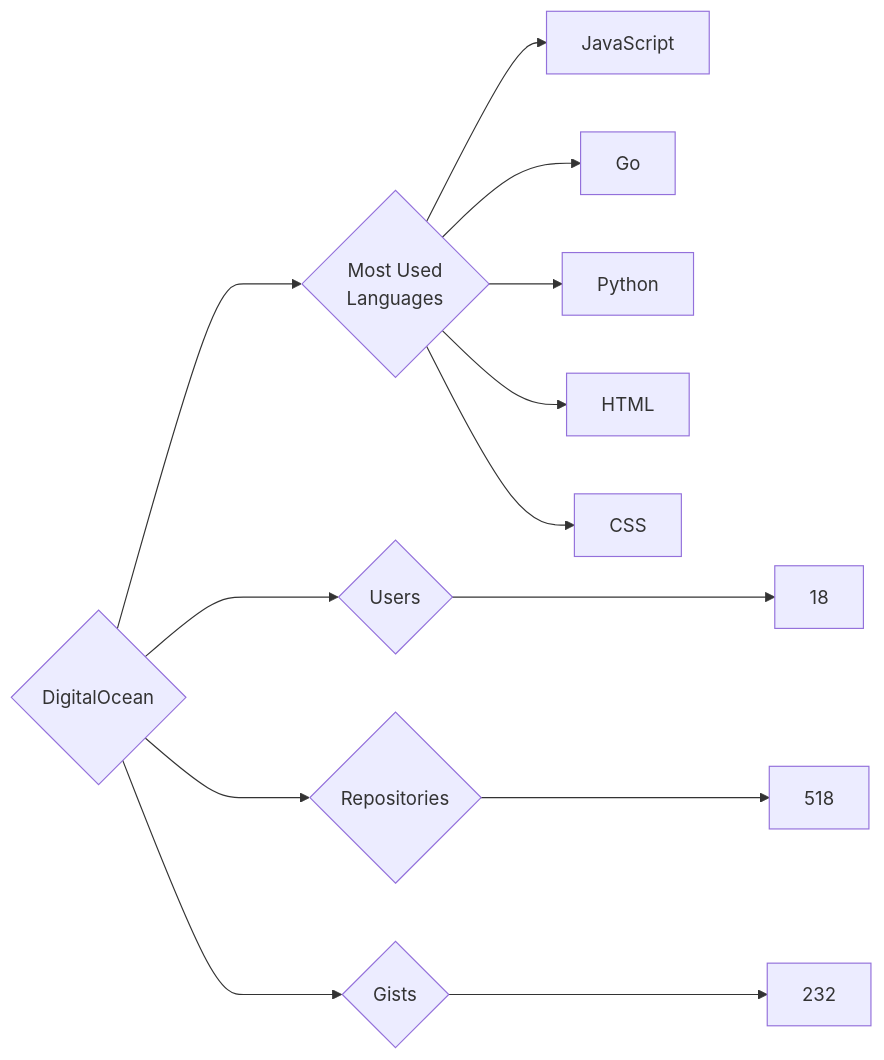
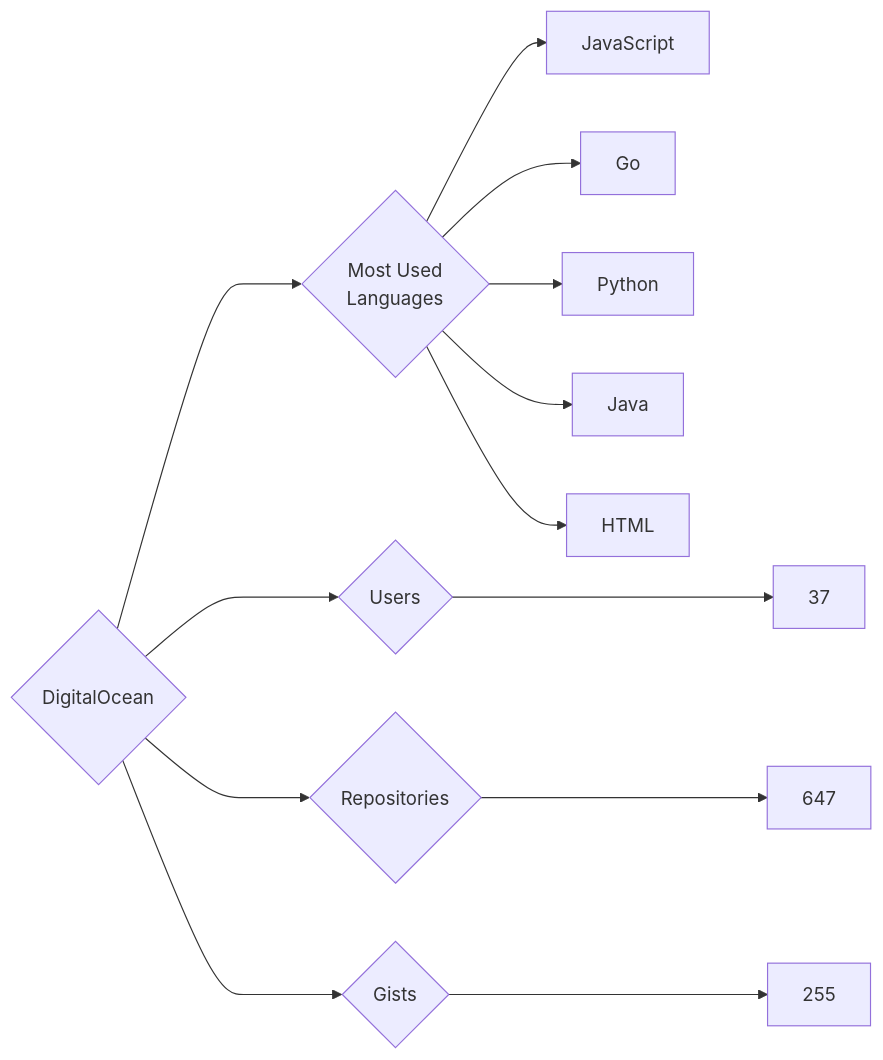
Before and after one commit to trickest/insiders: the diagram in targets/DigitalOcean/README.md, drawn with Mermaid. The commit also changed 629 other files, not shown here.

````diff
--- a/targets/DigitalOcean/README.md
+++ b/targets/DigitalOcean/README.md
@@ -3,13 +3,13 @@
 ```mermaid
 graph LR
 COMPANY_NAME{DigitalOcean}
-COMPANY_NAME ---> U{Users} ---> UN[18]
-COMPANY_NAME ---> R{Repositories} ---> RN[518]
-COMPANY_NAME ---> G{Gists} ---> GN[232]
+COMPANY_NAME ---> U{Users} ---> UN[37]
+COMPANY_NAME ---> R{Repositories} ---> RN[647]
+COMPANY_NAME ---> G{Gists} ---> GN[255]
 COMPANY_NAME ---> ML{Most Used<br>Languages}
 ML --> JavaScript[JavaScript]
 ML --> Go[Go]
 ML --> Python[Python]
+ML --> Java[Java]
 ML --> HTML[HTML]
-ML --> CSS[CSS]
 ```
````
